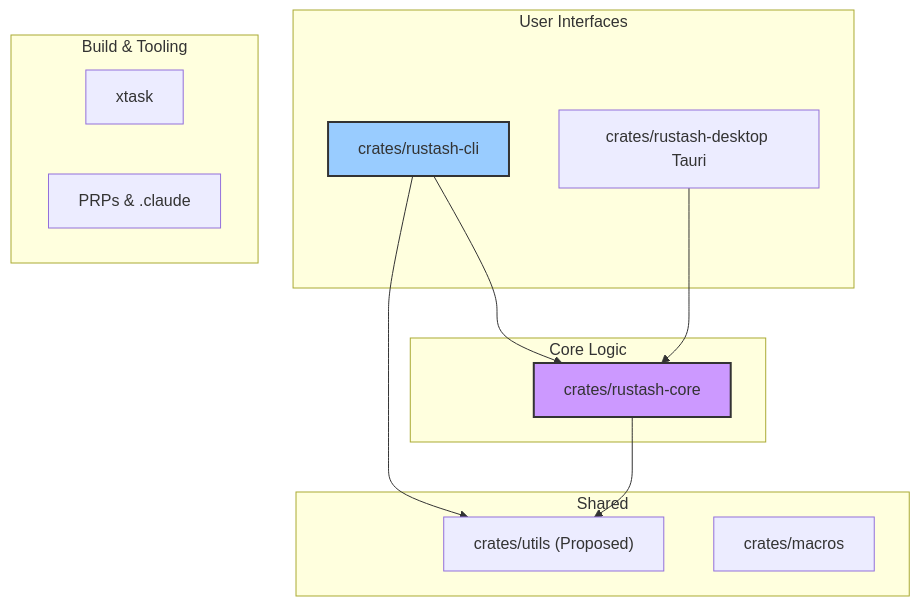
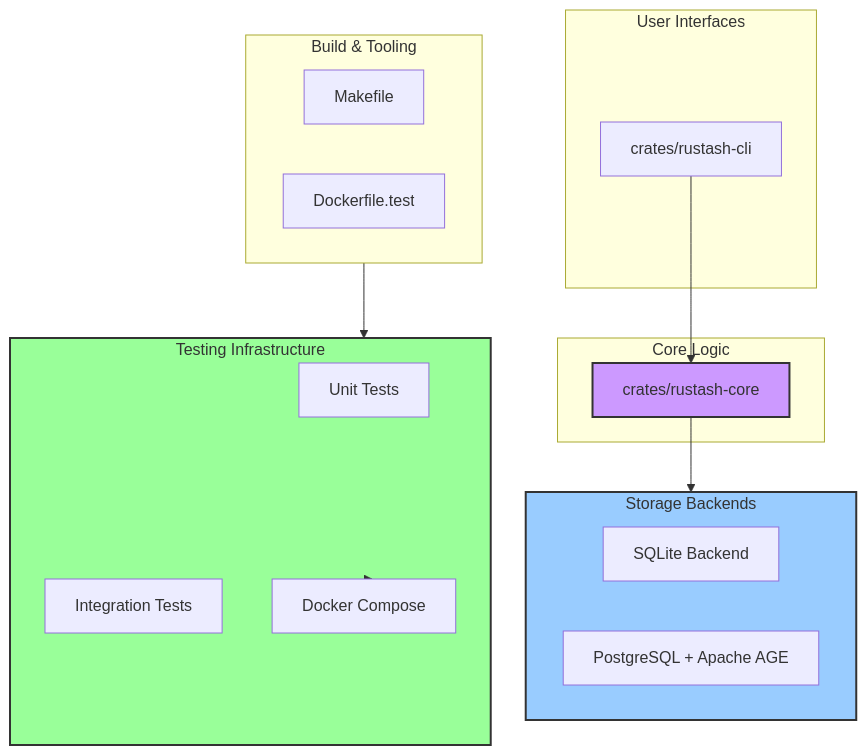
One commit to eddiedunn/rustash changed the diagram in ARCHITECTURE.md. Above: the diagram before and after it, drawn with Mermaid. The commit also changed other lines of this file and 6 other files, not shown here.

Commit message:
feat: add containerized test infrastructure with multi-backend support

````diff
--- a/ARCHITECTURE.md
+++ b/ARCHITECTURE.md
@@ -18,29 +18,35 @@
 ```mermaid
 graph TD
     subgraph User_Interfaces["User Interfaces"]
         CLI["crates/rustash-cli"]
-        Desktop["crates/rustash-desktop Tauri"]
     end
 
     subgraph Core_Logic["Core Logic"]
         Core["crates/rustash-core"]
     end
 
-    subgraph Shared["Shared"]
-        Utils["crates/utils (Proposed)"]
-        Macros["crates/macros"]
+    subgraph Storage_Backends["Storage Backends"]
+        SQLite["SQLite Backend"]
+        Postgres["PostgreSQL + Apache AGE"]
+    end
+
+    subgraph Testing["Testing Infrastructure"]
+        UnitTests["Unit Tests"]
+        Integration["Integration Tests"]
+        Docker["Docker Compose"]
     end
 
     subgraph Build_Tooling["Build & Tooling"]
-        XTask["xtask"]
-        PRPs["PRPs & .claude"]
+        Makefile["Makefile"]
+        Dockerfile["Dockerfile.test"]
     end
 
     CLI --> Core
-    Desktop --> Core
-    Core --> Utils
-    CLI --> Utils
+    Core --> Storage_Backends
+    Testing --> Docker
+    Build_Tooling --> Testing
 
     style Core fill:#c9f,stroke:#333,stroke-width:2px
-    style CLI fill:#9cf,stroke:#333,stroke-width:2px
+    style Storage_Backends fill:#9cf,stroke:#333,stroke-width:2px
+    style Testing fill:#9f9,stroke:#333,stroke-width:2px
 ```
````
